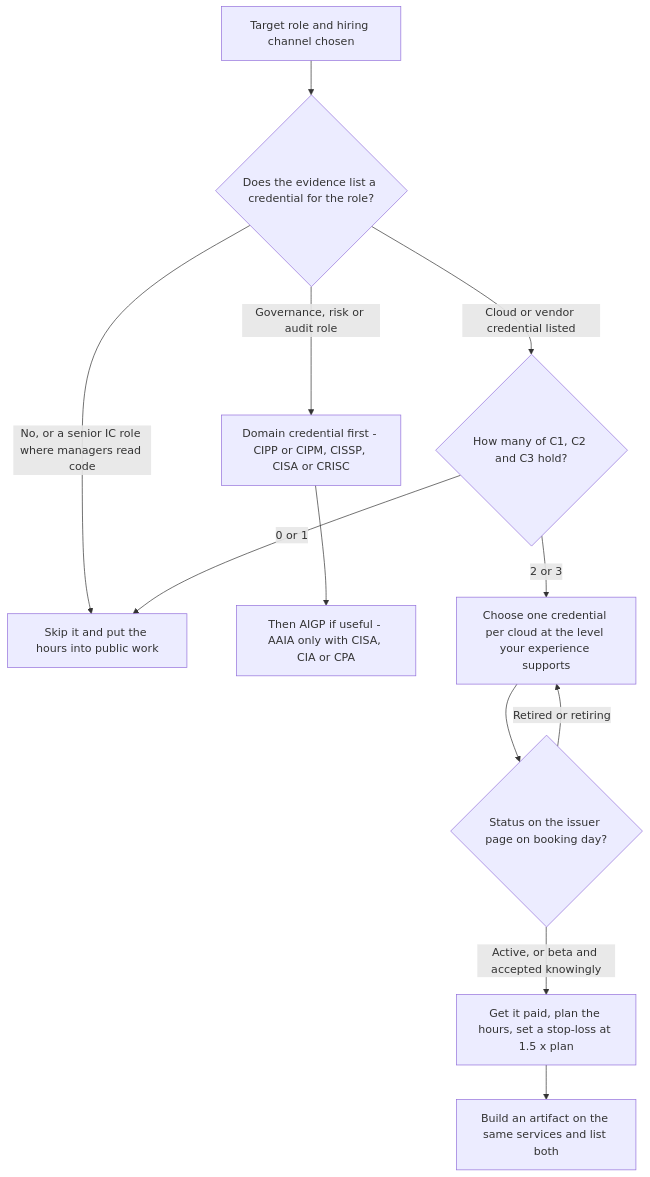
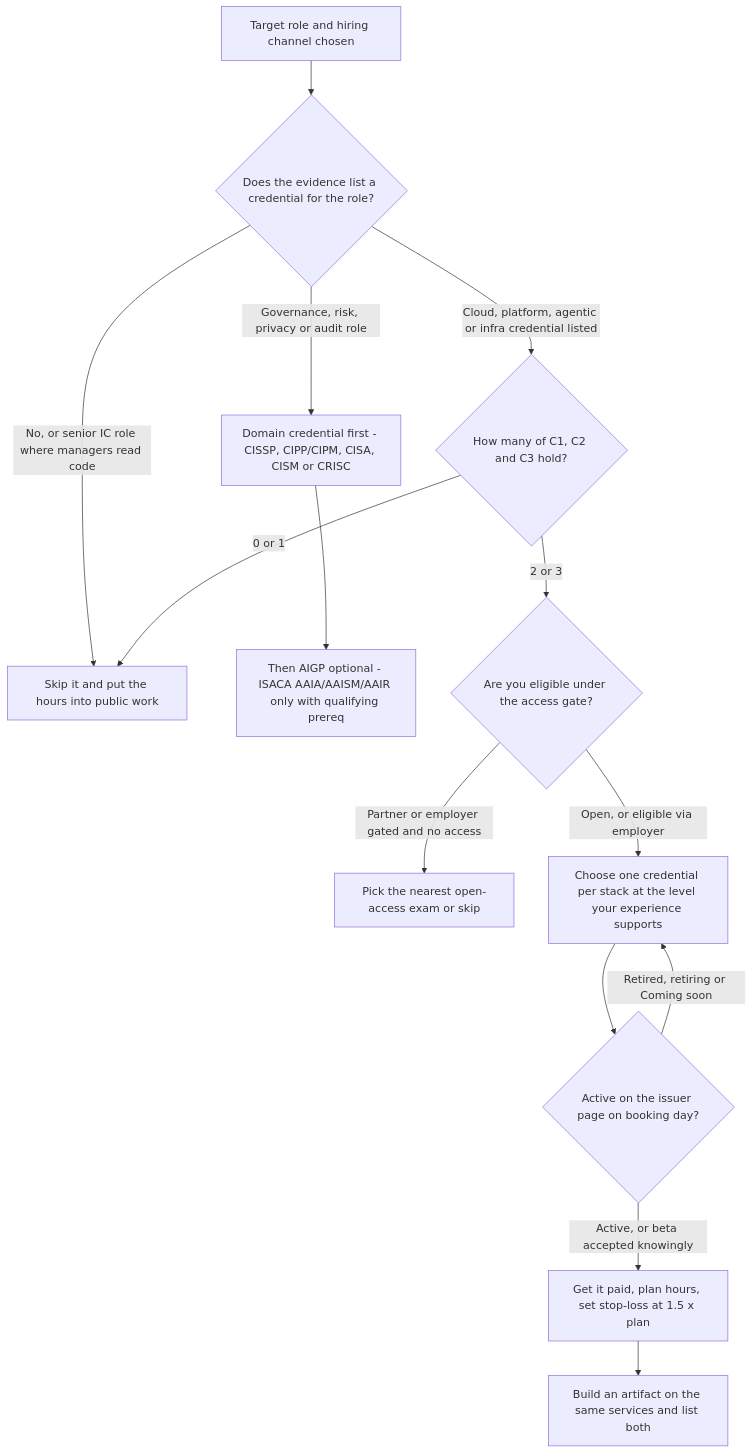
One commit to bhaskarjha-dev/genai-career changed the diagram in career/04-certifications/credential-roi.md. Above: the diagram before and after it, drawn with Mermaid. The commit also changed other lines of this file and 3 other files, not shown here.

````diff
--- a/career/04-certifications/credential-roi.md
+++ b/career/04-certifications/credential-roi.md
@@ -33,14 +33,16 @@
 ```mermaid
 flowchart TD
     A["Target role and hiring channel chosen"] --> B{"Does the evidence list a credential for the role?"}
-    B -->|"No, or a senior IC role where managers read code"| S["Skip it and put the hours into public work"]
-    B -->|"Governance, risk or audit role"| G["Domain credential first - CIPP or CIPM, CISSP, CISA or CRISC"]
-    G --> G2["Then AIGP if useful - AAIA only with CISA, CIA or CPA"]
-    B -->|"Cloud or vendor credential listed"| C{"How many of C1, C2 and C3 hold?"}
+    B -->|"No, or senior IC role where managers read code"| S["Skip it and put the hours into public work"]
+    B -->|"Governance, risk, privacy or audit role"| G["Domain credential first - CISSP, CIPP/CIPM, CISA, CISM or CRISC"]
+    G --> G2["Then AIGP optional - ISACA AAIA/AAISM/AAIR only with qualifying prereq"]
+    B -->|"Cloud, platform, agentic or infra credential listed"| C{"How many of C1, C2 and C3 hold?"}
     C -->|"0 or 1"| S
-    C -->|"2 or 3"| D["Choose one credential per cloud at the level your experience supports"]
-    D --> E{"Status on the issuer page on booking day?"}
-    E -->|"Retired or retiring"| D
-    E -->|"Active, or beta and accepted knowingly"| F["Get it paid, plan the hours, set a stop-loss at 1.5 x plan"]
+    C -->|"2 or 3"| ACC{"Are you eligible under the access gate?"}
+    ACC -->|"Partner or employer gated and no access"| ALT["Pick the nearest open-access exam or skip"]
+    ACC -->|"Open, or eligible via employer"| D["Choose one credential per stack at the level your experience supports"]
+    D --> E{"Active on the issuer page on booking day?"}
+    E -->|"Retired, retiring or Coming soon"| D
+    E -->|"Active, or beta accepted knowingly"| F["Get it paid, plan hours, set stop-loss at 1.5 x plan"]
     F --> H["Build an artifact on the same services and list both"]
 ```
````
